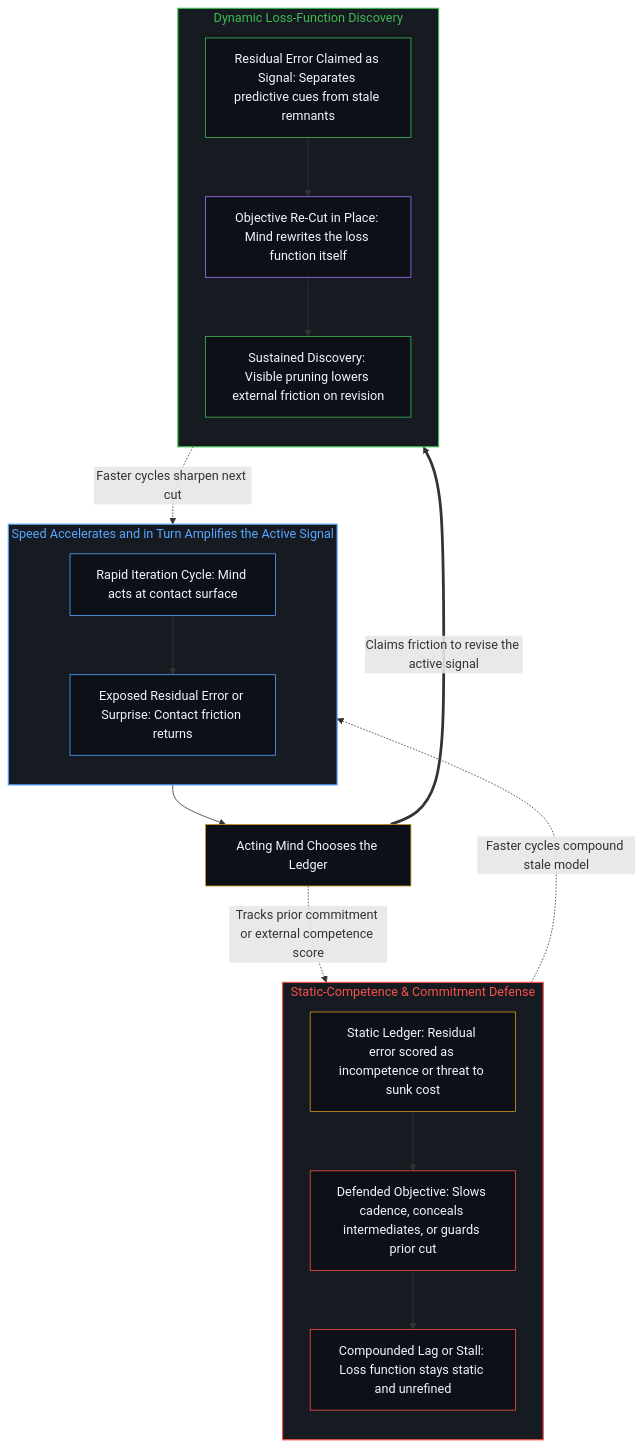
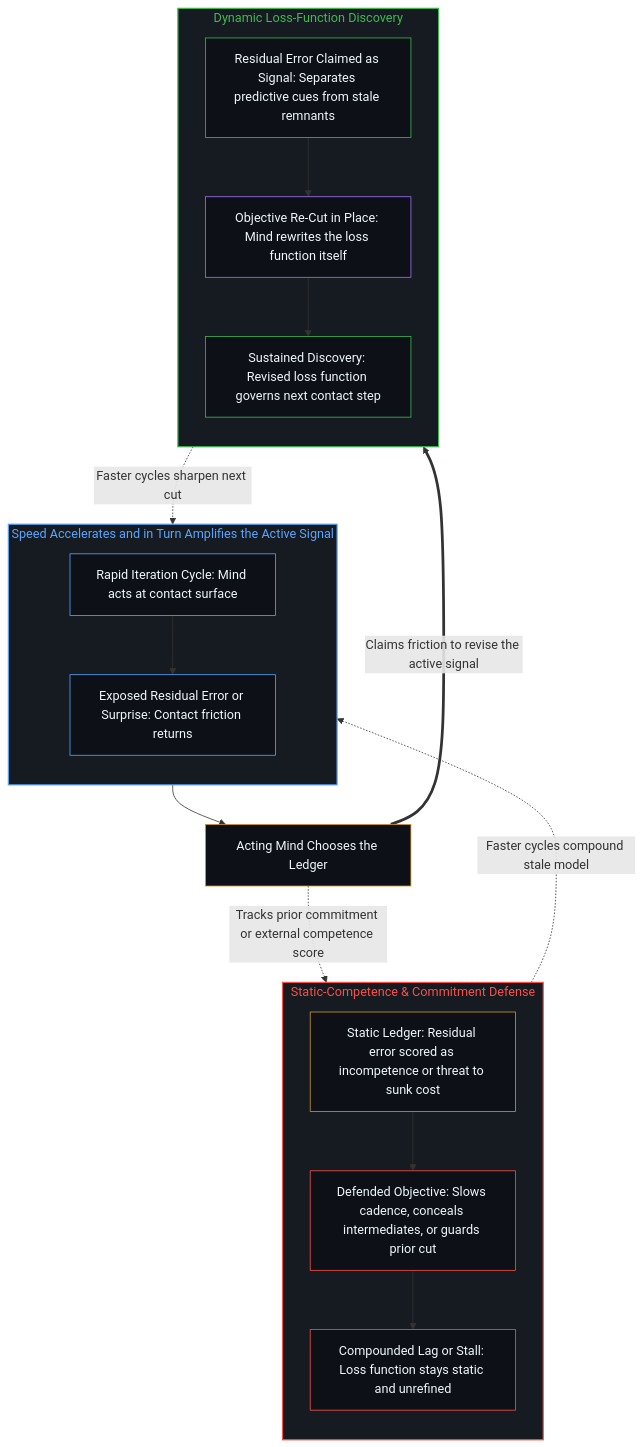
The second of 2 diagrams in content/posts/the-dynamically-discovered-loss-function-and-the-conversion-of-error.md (powerpig99/not-a-toe), drawn with Mermaid before and after one commit. The commit also changed other lines of this file and 1 other file, not shown here.

Commit message:
Refine Post #474: remove external-validation causal reversal in §2, diagram, and §3

````diff
--- a/content/posts/the-dynamically-discovered-loss-function-and-the-conversion-of-error.md
+++ b/content/posts/the-dynamically-discovered-loss-function-and-the-conversion-of-error.md
@@ -71,41 +71,41 @@
 ```mermaid
 flowchart TD
     subgraph S_Amp["Speed Accelerates and in Turn Amplifies the Active Signal"]
         direction TB
         A_Act["Rapid Iteration Cycle: Mind acts at contact surface"]
         A_Err["Exposed Residual Error or Surprise: Contact friction returns"]
         A_Act --> A_Err
     end
     M_Fork["Acting Mind Chooses the Ledger"]
     subgraph S_Def["Static-Competence & Commitment Defense"]
         direction TB
         D_Inv["Static Ledger: Residual error scored as incompetence or threat to sunk cost"]
         D_Hold["Defended Objective: Slows cadence, conceals intermediates, or guards prior cut"]
         D_Stall["Compounded Lag or Stall: Loss function stays static and unrefined"]
         D_Inv --> D_Hold --> D_Stall
     end
     subgraph S_Dyn["Dynamic Loss-Function Discovery"]
         direction TB
         L_Claim["Residual Error Claimed as Signal: Separates predictive cues from stale remnants"]
         L_Recut["Objective Re-Cut in Place: Mind rewrites the loss function itself"]
-        L_Cont["Sustained Discovery: Visible pruning lowers external friction on revision"]
+        L_Cont["Sustained Discovery: Revised loss function governs next contact step"]
         L_Claim --> L_Recut --> L_Cont
     end
     A_Err --> M_Fork
     M_Fork -.->|"Tracks prior commitment or external competence score"| D_Inv
     M_Fork ==>|"Claims friction to revise the active signal"| L_Claim
     L_Cont -.->|"Faster cycles sharpen next cut"| A_Act
     D_Stall -.->|"Faster cycles compound stale model"| A_Act
     style S_Amp fill:#161b22,stroke:#58a6ff,stroke-width:1.5px,color:#58a6ff
     style S_Def fill:#161b22,stroke:#f85149,stroke-width:1.5px,color:#f85149
     style S_Dyn fill:#161b22,stroke:#3fb950,stroke-width:1.5px,color:#3fb950
     style A_Act fill:#0d1117,stroke:#58a6ff,stroke-width:1px,color:#f0f6fc
     style A_Err fill:#0d1117,stroke:#58a6ff,stroke-width:1px,color:#f0f6fc
     style M_Fork fill:#0d1117,stroke:#d29922,stroke-width:1px,color:#f0f6fc
     style D_Inv fill:#0d1117,stroke:#d29922,stroke-width:1px,color:#f0f6fc
     style D_Hold fill:#0d1117,stroke:#f85149,stroke-width:1px,color:#f0f6fc
     style D_Stall fill:#0d1117,stroke:#f85149,stroke-width:1px,color:#f0f6fc
     style L_Claim fill:#0d1117,stroke:#3fb950,stroke-width:1px,color:#f0f6fc
     style L_Recut fill:#0d1117,stroke:#a371f7,stroke-width:1px,color:#f0f6fc
     style L_Cont fill:#0d1117,stroke:#3fb950,stroke-width:1px,color:#f0f6fc
 ```
````
